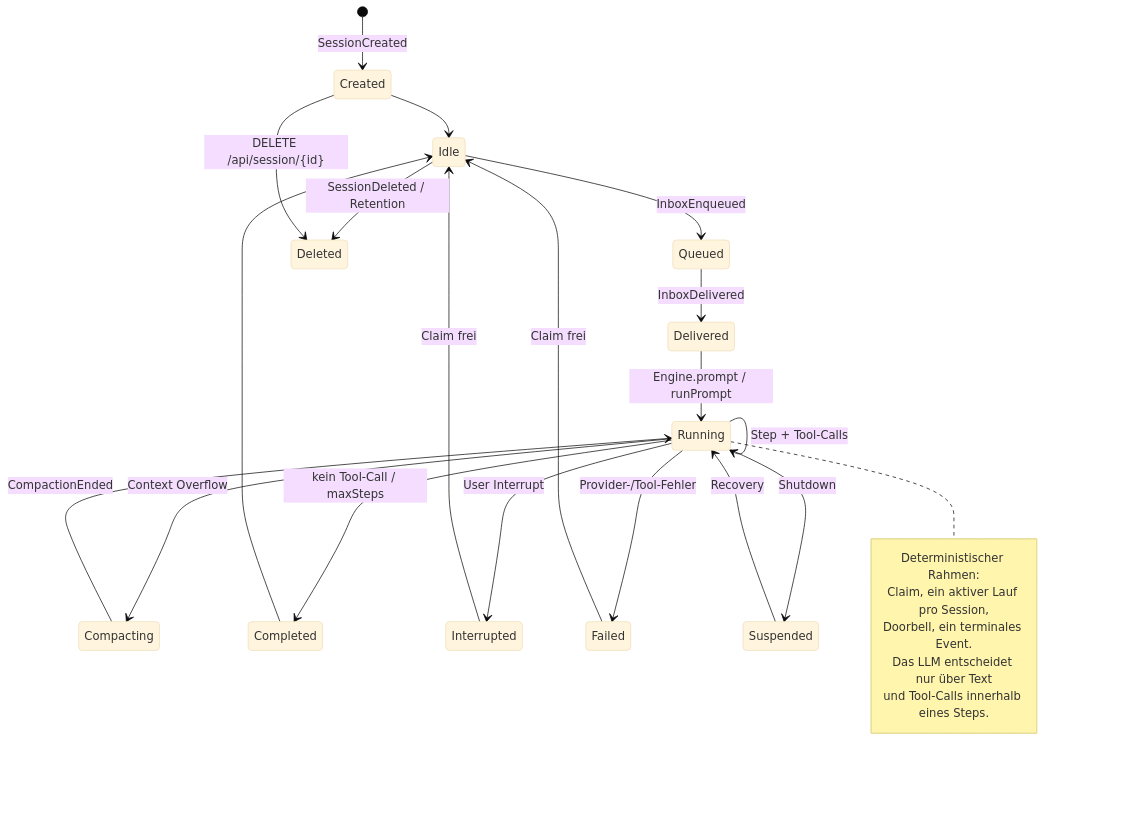
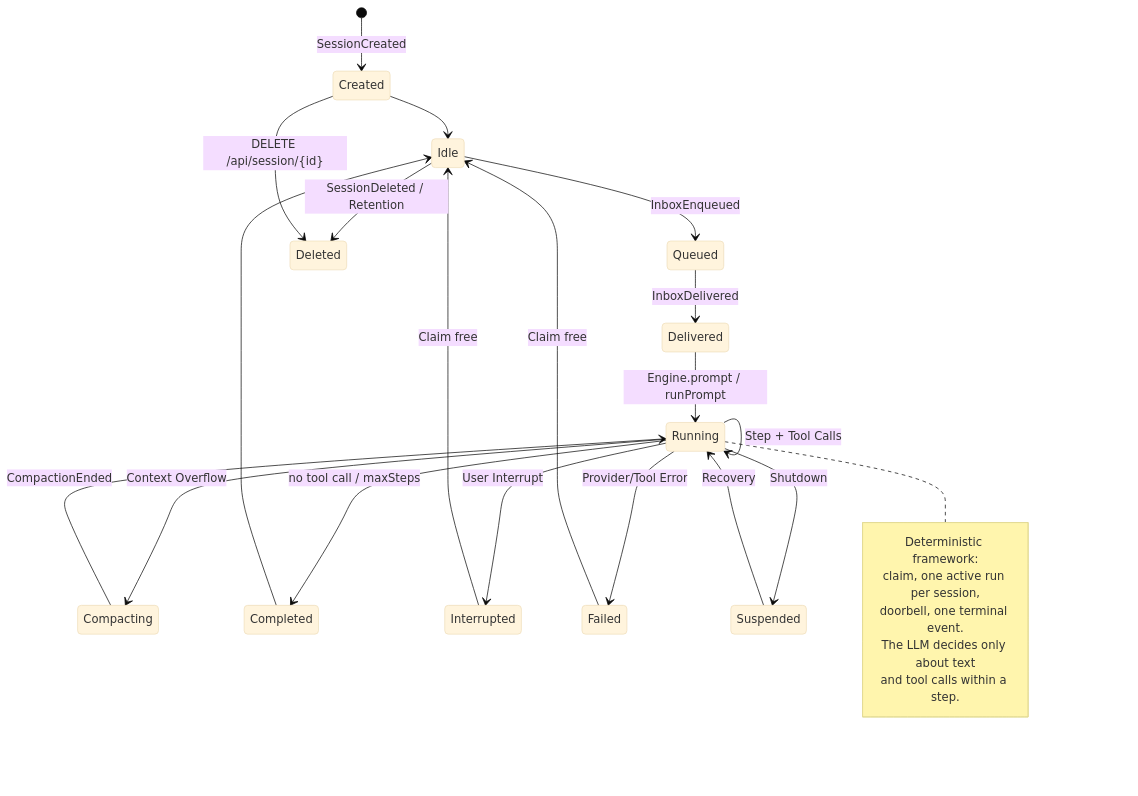
The first of 2 diagrams in docs/diagrams/04-session-lifecycle.md (augmentia-de/QOC), drawn with Mermaid (base theme) before and after one commit. The commit also changed other lines of this file and 71 other files, not shown here.

````diff
--- a/docs/diagrams/04-session-lifecycle.md
+++ b/docs/diagrams/04-session-lifecycle.md
@@ -17,29 +17,29 @@
 ```mermaid
 stateDiagram-v2
   [*] --> Created: SessionCreated
   Created --> Idle
   Idle --> Queued: InboxEnqueued
   Queued --> Delivered: InboxDelivered
   Delivered --> Running: Engine.prompt / runPrompt
-  Running --> Running: Step + Tool-Calls
+  Running --> Running: Step + Tool Calls
   Running --> Compacting: Context Overflow
   Compacting --> Running: CompactionEnded
-  Running --> Completed: kein Tool-Call / maxSteps
+  Running --> Completed: no tool call / maxSteps
   Running --> Interrupted: User Interrupt
-  Running --> Failed: Provider-/Tool-Fehler
+  Running --> Failed: Provider/Tool Error
   Running --> Suspended: Shutdown
   Suspended --> Running: Recovery
   Completed --> Idle
-  Interrupted --> Idle: Claim frei
-  Failed --> Idle: Claim frei
+  Interrupted --> Idle: Claim free
+  Failed --> Idle: Claim free
   Idle --> Deleted: SessionDeleted / Retention
   Created --> Deleted: DELETE /api/session/{id}
 
   note right of Running
-    Deterministischer Rahmen:
-    Claim, ein aktiver Lauf pro Session,
-    Doorbell, ein terminales Event.
-    Das LLM entscheidet nur über Text
-    und Tool-Calls innerhalb eines Steps.
+    Deterministic framework:
+    claim, one active run per session,
+    doorbell, one terminal event.
+    The LLM decides only about text
+    and tool calls within a step.
   end note
 ```
````
